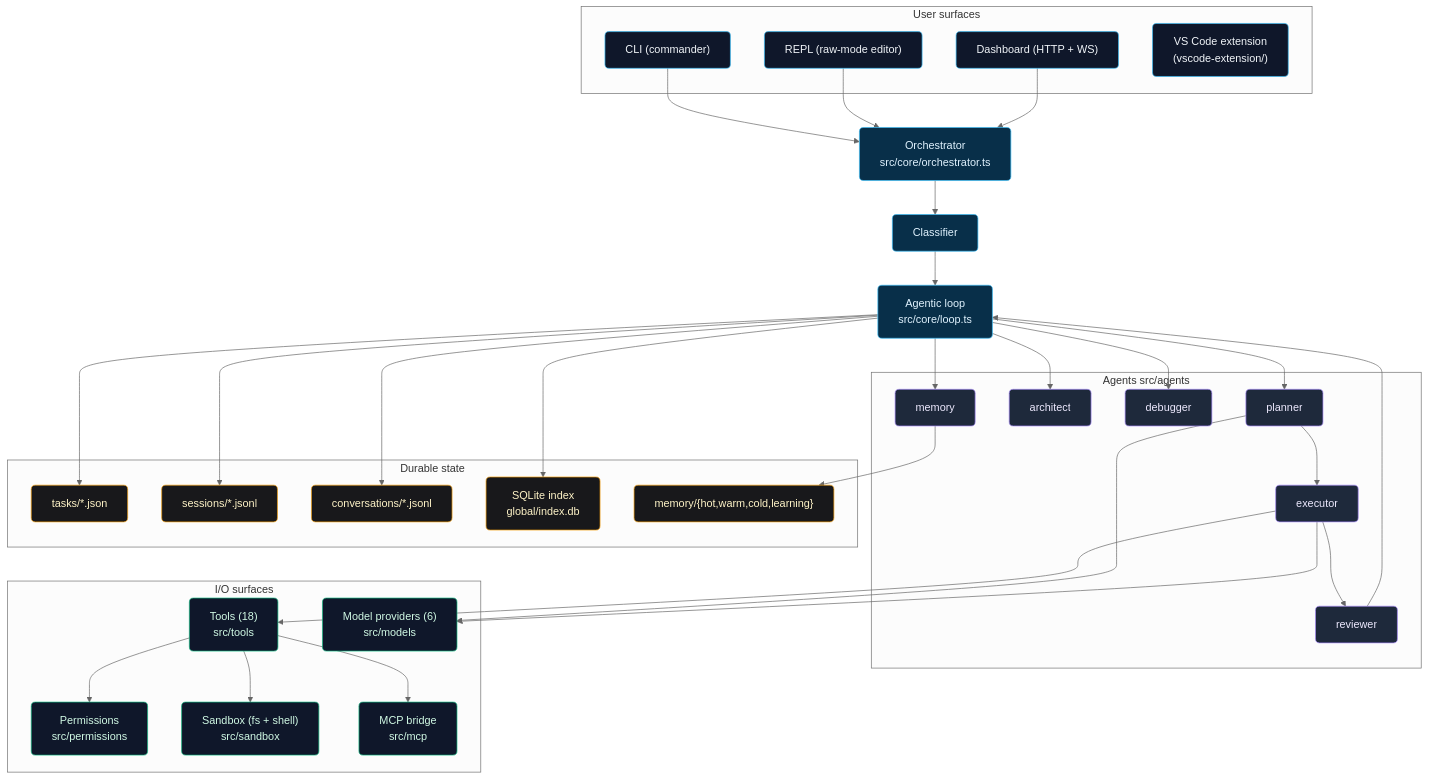
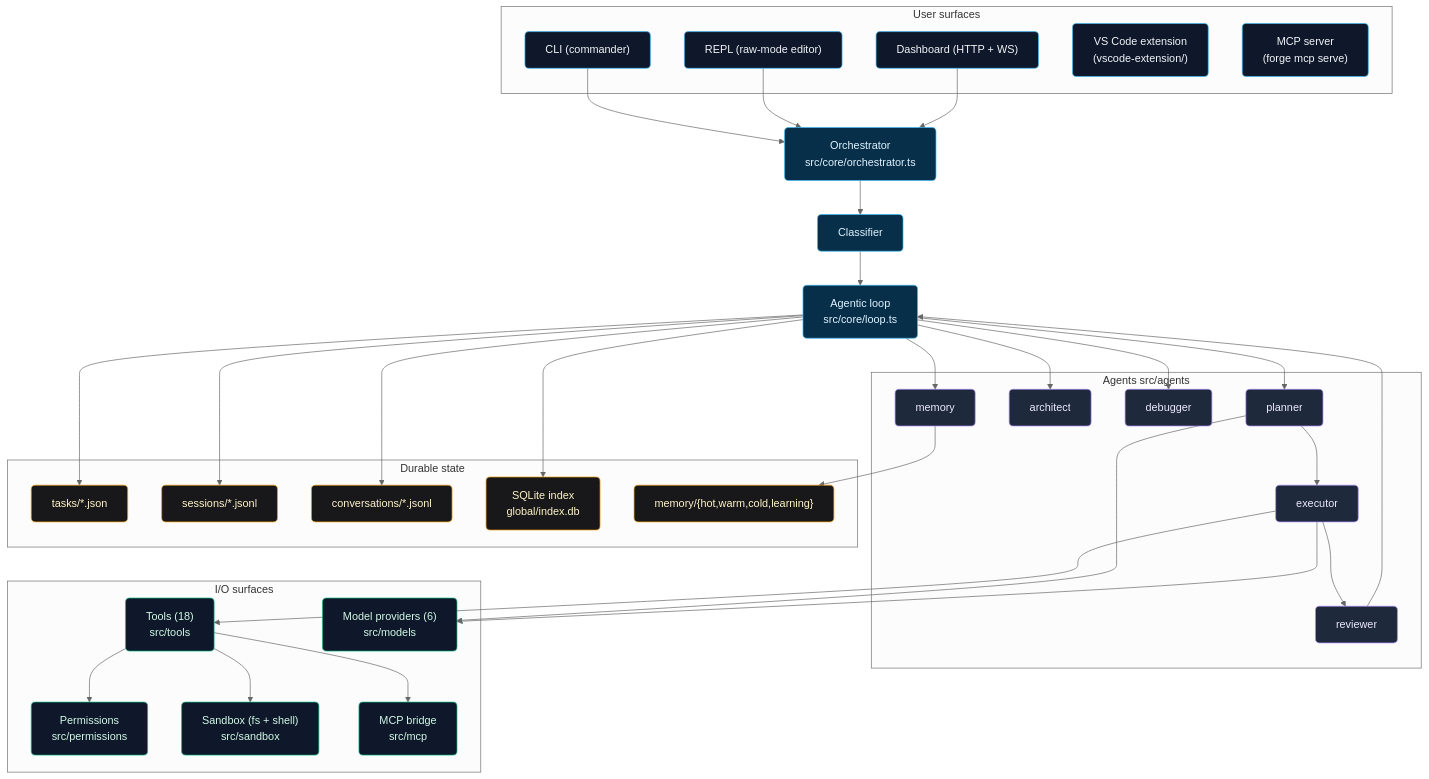
The first of 14 diagrams in docs/ARCHITECTURE.md (hoangsonww/Forge-Agentic-Coding-CLI), drawn with Mermaid (neutral theme) before and after one commit. The commit also changed other lines of this file and 5 other files, not shown here.

First line of the commit message:
feat(mcp): expose Forge as an MCP server (forge mcp serve)

````diff
--- a/docs/ARCHITECTURE.md
+++ b/docs/ARCHITECTURE.md
@@ -34,68 +35,69 @@
 ```mermaid
 flowchart TB
   classDef surface fill:#0f172a,stroke:#38bdf8,color:#f1f5f9,rx:6,ry:6
   classDef core    fill:#082f49,stroke:#38bdf8,color:#e0f2fe,rx:6,ry:6
   classDef agent   fill:#1e293b,stroke:#a78bfa,color:#ede9fe,rx:6,ry:6
   classDef io      fill:#0f172a,stroke:#10b981,color:#d1fae5,rx:6,ry:6
   classDef store   fill:#18181b,stroke:#f59e0b,color:#fef3c7,rx:6,ry:6
 
   subgraph S[User surfaces]
     CLI["CLI (commander)"]:::surface
     REPL["REPL (raw-mode editor)"]:::surface
     UI["Dashboard (HTTP + WS)"]:::surface
     VSCX["VS Code extension<br/>(vscode-extension/)"]:::surface
+    MCPS["MCP server<br/>(forge mcp serve)"]:::surface
   end
 
   ORCH["Orchestrator<br/>src/core/orchestrator.ts"]:::core
   LOOP["Agentic loop<br/>src/core/loop.ts"]:::core
   CLASS["Classifier"]:::core
 
   subgraph A[Agents src/agents]
     PL["planner"]:::agent
     AR["architect"]:::agent
     EX["executor"]:::agent
     RV["reviewer"]:::agent
     DB["debugger"]:::agent
     ME["memory"]:::agent
   end
 
   subgraph I[I/O surfaces]
     TOOLS["Tools (18)<br/>src/tools"]:::io
     MODELS["Model providers (6)<br/>src/models"]:::io
     PERM["Permissions<br/>src/permissions"]:::io
     SAND["Sandbox (fs + shell)<br/>src/sandbox"]:::io
     MCP["MCP bridge<br/>src/mcp"]:::io
   end
 
   subgraph P[Durable state]
     TASKS["tasks/*.json"]:::store
     SESS["sessions/*.jsonl"]:::store
     CONV["conversations/*.jsonl"]:::store
     IDX["SQLite index<br/>global/index.db"]:::store
     MEM["memory/{hot,warm,cold,learning}"]:::store
   end
 
   CLI --> ORCH
   REPL --> ORCH
   UI --> ORCH
 
   ORCH --> CLASS --> LOOP
   LOOP --> PL --> EX --> RV
   RV --> LOOP
   LOOP --> AR
   LOOP --> DB
   LOOP --> ME
 
   EX --> TOOLS
   TOOLS --> PERM
   TOOLS --> SAND
   TOOLS --> MCP
   PL --> MODELS
   EX --> MODELS
 
   LOOP --> TASKS
   LOOP --> SESS
   LOOP --> CONV
   LOOP --> IDX
   ME  --> MEM
 ```
````
